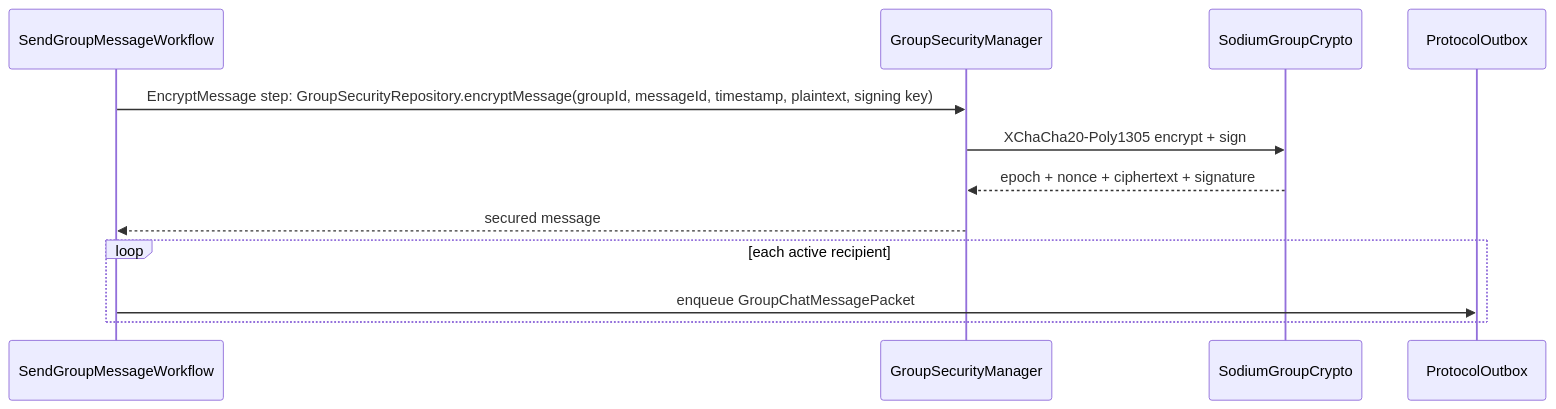
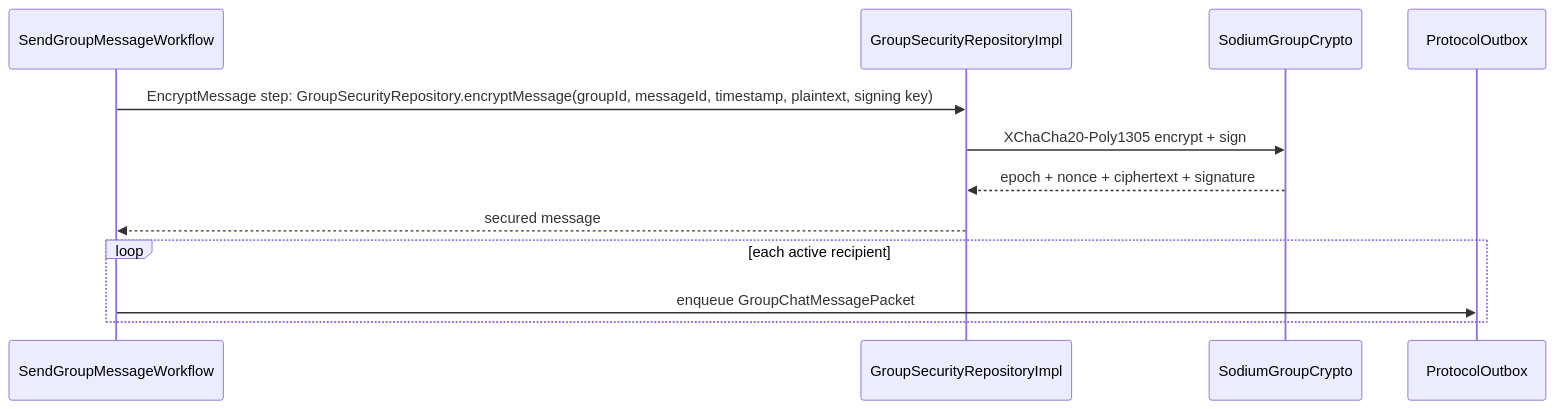
Before and after one commit to cbgm/Sparrow: the diagram in docs/security/encryption.md, drawn with Mermaid. The commit also changed other lines of this file and 1796 other files, not shown here.

````diff
--- a/docs/security/encryption.md
+++ b/docs/security/encryption.md
@@ -39,15 +39,15 @@
 ```mermaid
 sequenceDiagram
     participant G as SendGroupMessageWorkflow
-    participant SM as GroupSecurityManager
+    participant SM as GroupSecurityRepositoryImpl
     participant C as SodiumGroupCrypto
     participant O as ProtocolOutbox
 
     G->>SM: EncryptMessage step: GroupSecurityRepository.encryptMessage(groupId, messageId, timestamp, plaintext, signing key)
     SM->>C: XChaCha20-Poly1305 encrypt + sign
     C-->>SM: epoch + nonce + ciphertext + signature
     SM-->>G: secured message
     loop each active recipient
         G->>O: enqueue GroupChatMessagePacket
     end
 ```
````
